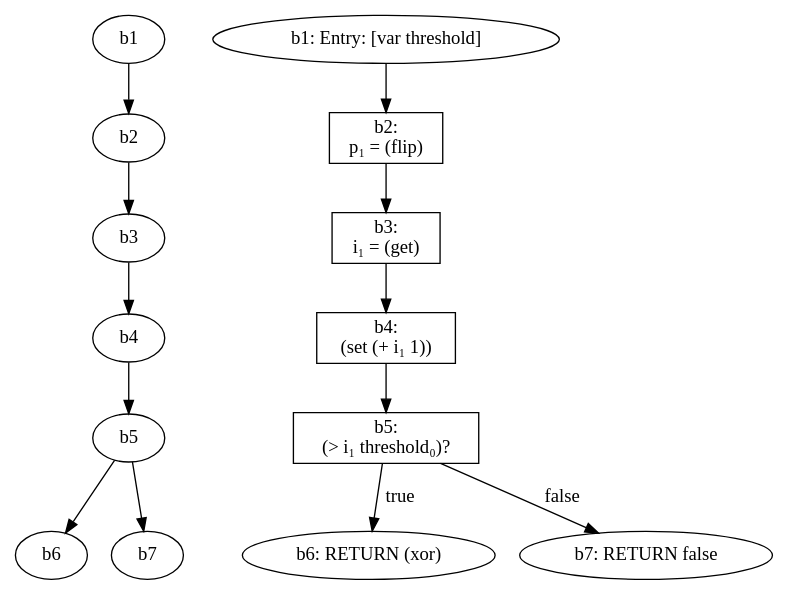
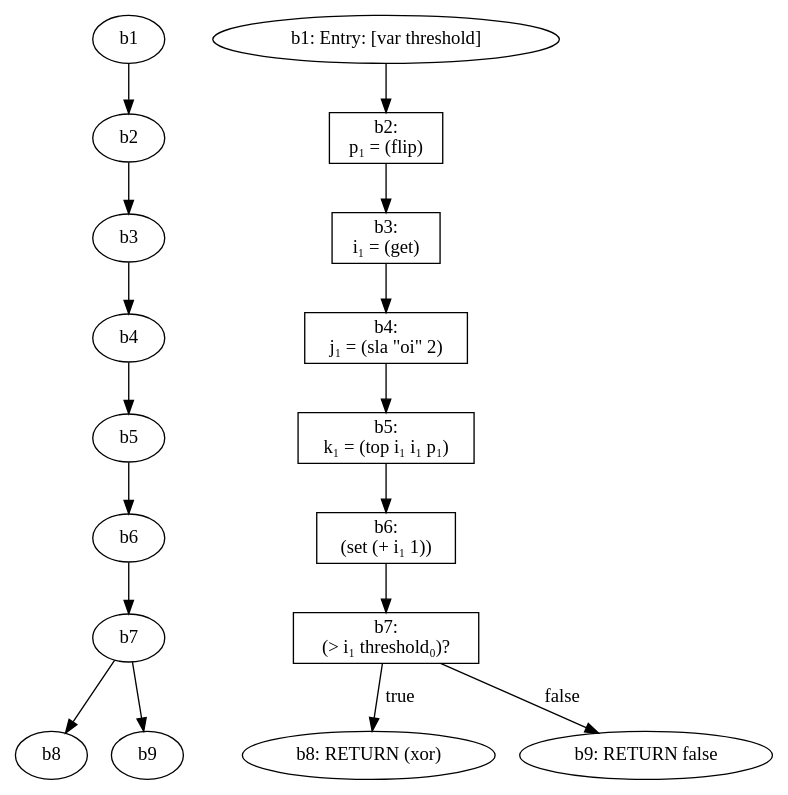
The diagram in out.dot (KarlaJoriatti/TE-Infer-SSA), drawn with Graphviz before and after one commit. The commit also changed 4 other files, not shown here.

```diff
--- a/out.dot
+++ b/out.dot
@@ -1,28 +1,36 @@
 digraph g {
   d1 [label=b1];
   b1 [label="b1: Entry: [var threshold]"];
   b1 -> b2;
   d2 [label=b2];
   d1 -> d2;
   b2 [shape=box, label="b2:\np₁ = (flip)"];
   b2 -> b3;
   d3 [label=b3];
   d2 -> d3;
   b3 [shape=box, label="b3:\ni₁ = (get)"];
   b3 -> b4;
   d4 [label=b4];
   d3 -> d4;
-  b4 [shape=box, label="b4:\n(set (+ i₁ 1))"];
+  b4 [shape=box, label="b4:\nj₁ = (sla \"oi\" 2)"];
   b4 -> b5;
   d5 [label=b5];
   d4 -> d5;
-  b5 [shape=box, label="b5:\n(> i₁ threshold₀)?"];
-  b5 -> b6 [label=true];
-  b5 -> b7 [label=false];
+  b5 [shape=box, label="b5:\nk₁ = (top i₁ i₁ p₁)"];
+  b5 -> b6;
   d6 [label=b6];
   d5 -> d6;
-  b6 [label="b6: RETURN (xor)"];
+  b6 [shape=box, label="b6:\n(set (+ i₁ 1))"];
+  b6 -> b7;
   d7 [label=b7];
-  d5 -> d7;
-  b7 [label="b7: RETURN false"];
+  d6 -> d7;
+  b7 [shape=box, label="b7:\n(> i₁ threshold₀)?"];
+  b7 -> b8 [label=true];
+  b7 -> b9 [label=false];
+  d8 [label=b8];
+  d7 -> d8;
+  b8 [label="b8: RETURN (xor)"];
+  d9 [label=b9];
+  d7 -> d9;
+  b9 [label="b9: RETURN false"];
 }
```
